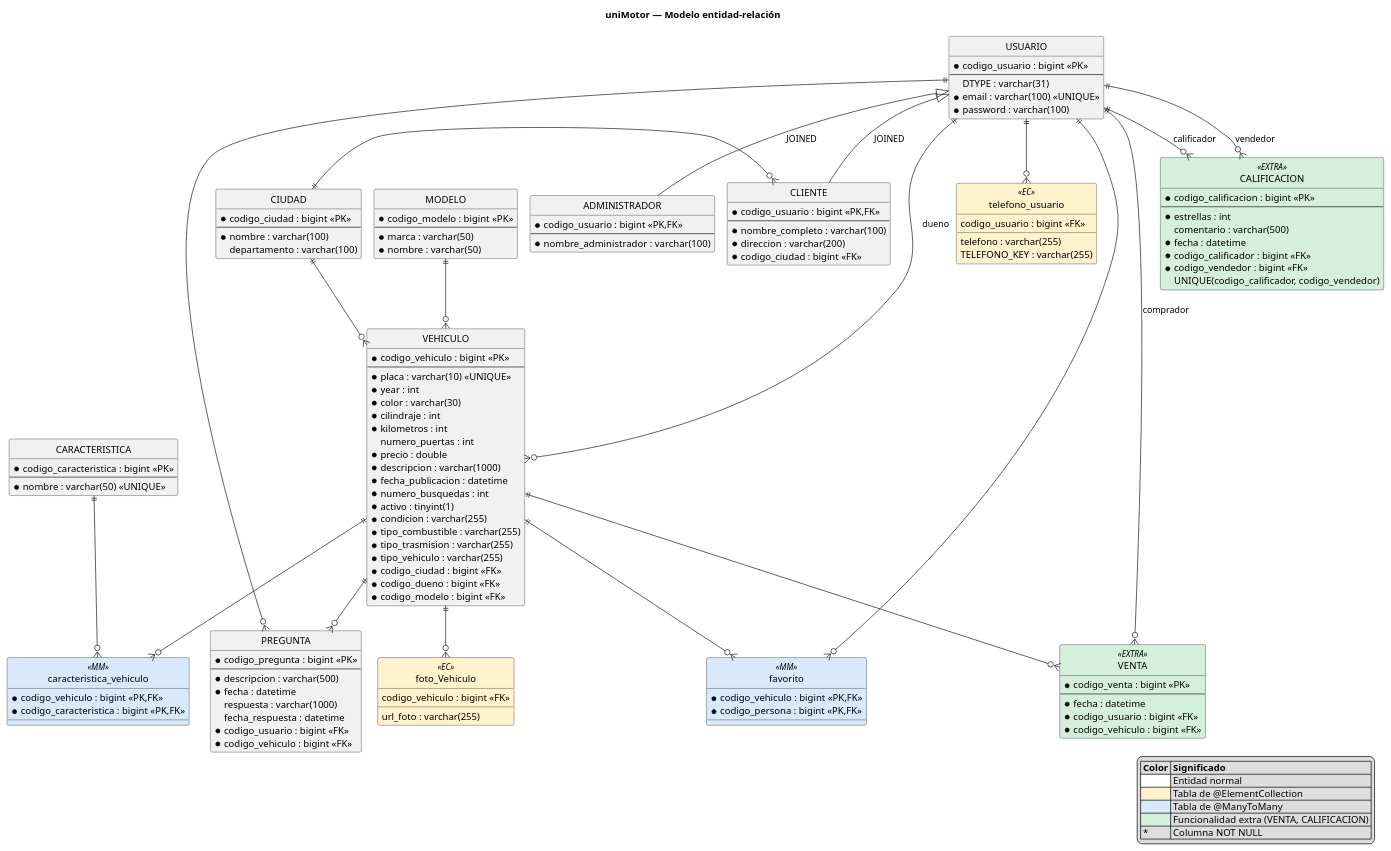
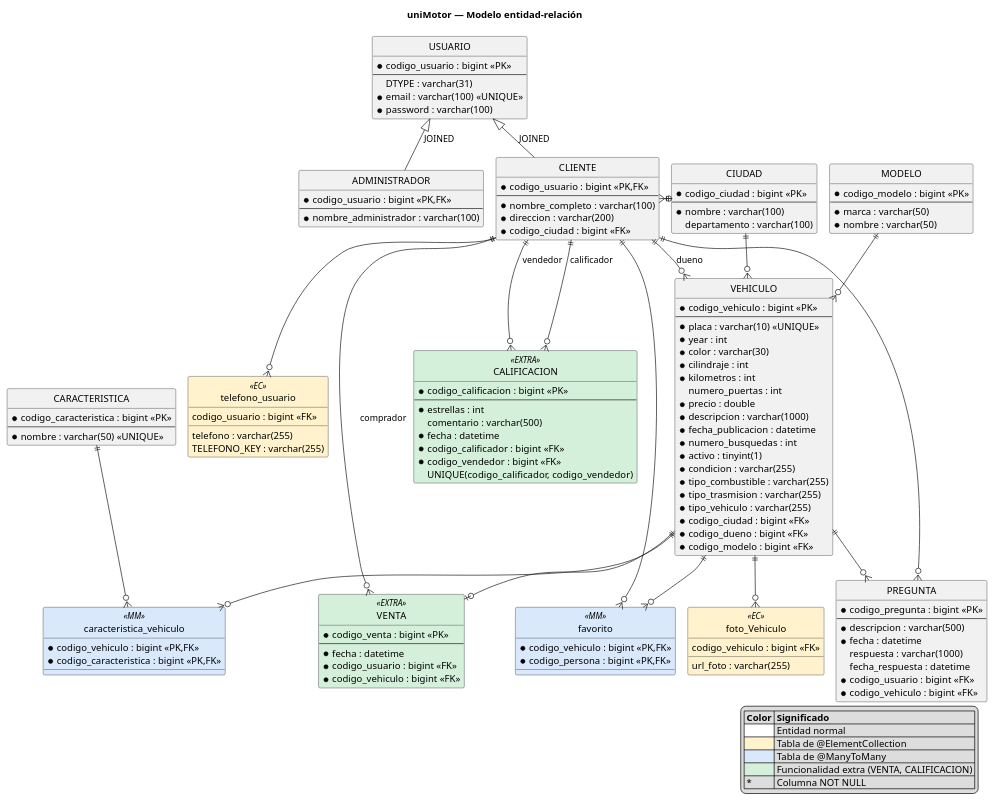
One commit to CristianBastidas99/uniMotor changed the diagram in docs/diagrama-er.puml. Above: the diagram before and after it, drawn with PlantUML. The commit also changed 26 other files, not shown here.

First line of the commit message:
Fase 3.8: cierre y sustentación (demo continua, textos, README, diagrama y guion)

```diff
--- a/docs/diagrama-er.puml
+++ b/docs/diagrama-er.puml
@@ -1,147 +1,147 @@
 @startuml diagrama-er
 !pragma layout smetana
 title uniMotor — Modelo entidad-relación
 hide circle
 skinparam shadowing false
 skinparam entity {
   BackgroundColor #FFFFFF
   BorderColor #444444
 }
 
 entity CIUDAD {
   * codigo_ciudad : bigint <<PK>>
   --
   * nombre : varchar(100)
   departamento : varchar(100)
 }
 entity MODELO {
   * codigo_modelo : bigint <<PK>>
   --
   * marca : varchar(50)
   * nombre : varchar(50)
 }
 entity CARACTERISTICA {
   * codigo_caracteristica : bigint <<PK>>
   --
   * nombre : varchar(50) <<UNIQUE>>
 }
 
 entity USUARIO {
   * codigo_usuario : bigint <<PK>>
   --
   DTYPE : varchar(31)
   * email : varchar(100) <<UNIQUE>>
   * password : varchar(100)
 }
 entity ADMINISTRADOR {
   * codigo_usuario : bigint <<PK,FK>>
   --
   * nombre_administrador : varchar(100)
 }
 entity CLIENTE {
   * codigo_usuario : bigint <<PK,FK>>
   --
   * nombre_completo : varchar(100)
   * direccion : varchar(200)
   * codigo_ciudad : bigint <<FK>>
 }
 entity telefono_usuario <<EC>> #FFF2CC {
   codigo_usuario : bigint <<FK>>
   telefono : varchar(255)
   TELEFONO_KEY : varchar(255)
 }
 
 entity VEHICULO {
   * codigo_vehiculo : bigint <<PK>>
   --
   * placa : varchar(10) <<UNIQUE>>
   * year : int
   * color : varchar(30)
   * cilindraje : int
   * kilometros : int
   numero_puertas : int
   * precio : double
   * descripcion : varchar(1000)
   * fecha_publicacion : datetime
   * numero_busquedas : int
   * activo : tinyint(1)
   * condicion : varchar(255)
   * tipo_combustible : varchar(255)
   * tipo_trasmision : varchar(255)
   * tipo_vehiculo : varchar(255)
   * codigo_ciudad : bigint <<FK>>
   * codigo_dueno : bigint <<FK>>
   * codigo_modelo : bigint <<FK>>
 }
 entity foto_Vehiculo <<EC>> #FFF2CC {
   codigo_vehiculo : bigint <<FK>>
   url_foto : varchar(255)
 }
 entity caracteristica_vehiculo <<MM>> #DAE8FC {
   * codigo_vehiculo : bigint <<PK,FK>>
   * codigo_caracteristica : bigint <<PK,FK>>
 }
 entity favorito <<MM>> #DAE8FC {
   * codigo_vehiculo : bigint <<PK,FK>>
   * codigo_persona : bigint <<PK,FK>>
 }
 entity PREGUNTA {
   * codigo_pregunta : bigint <<PK>>
   --
   * descripcion : varchar(500)
   * fecha : datetime
   respuesta : varchar(1000)
   fecha_respuesta : datetime
   * codigo_usuario : bigint <<FK>>
   * codigo_vehiculo : bigint <<FK>>
 }
 entity VENTA <<EXTRA>> #D5F0DA {
   * codigo_venta : bigint <<PK>>
   --
   * fecha : datetime
   * codigo_usuario : bigint <<FK>>
   * codigo_vehiculo : bigint <<FK>>
 }
 entity CALIFICACION <<EXTRA>> #D5F0DA {
   * codigo_calificacion : bigint <<PK>>
   --
   * estrellas : int
   comentario : varchar(500)
   * fecha : datetime
   * codigo_calificador : bigint <<FK>>
   * codigo_vendedor : bigint <<FK>>
   UNIQUE(codigo_calificador, codigo_vendedor)
 }
 
 ' Herencia JOINED
 USUARIO <|-- ADMINISTRADOR : JOINED
 USUARIO <|-- CLIENTE : JOINED
 
 ' Catalogos arriba
 CIUDAD ||-down-o{ VEHICULO
 MODELO ||-down-o{ VEHICULO
 CIUDAD ||-left-o{ CLIENTE
 CARACTERISTICA ||-down-o{ caracteristica_vehiculo
 VEHICULO ||-down-o{ caracteristica_vehiculo
 
-USUARIO ||-down-o{ telefono_usuario
+CLIENTE ||-down-o{ telefono_usuario
 VEHICULO ||-down-o{ foto_Vehiculo
-USUARIO ||-right-o{ VEHICULO : dueno
-USUARIO ||-down-o{ favorito
+CLIENTE ||-right-o{ VEHICULO : dueno
+CLIENTE ||-down-o{ favorito
 VEHICULO ||-down-o{ favorito
-USUARIO ||-down-o{ PREGUNTA
+CLIENTE ||-down-o{ PREGUNTA
 VEHICULO ||-down-o{ PREGUNTA
-USUARIO ||-down-o{ VENTA : comprador
-VEHICULO ||-down-o{ VENTA
-USUARIO ||-down-o{ CALIFICACION : calificador
-USUARIO ||-down-o{ CALIFICACION : vendedor
+CLIENTE ||-down-o{ VENTA : comprador
+VEHICULO ||-down-o| VENTA
+CLIENTE ||-down-o{ CALIFICACION : calificador
+CLIENTE ||-down-o{ CALIFICACION : vendedor
 
 legend right
   |= Color |= Significado |
   |<#FFFFFF> | Entidad normal |
   |<#FFF2CC> | Tabla de @ElementCollection |
   |<#DAE8FC> | Tabla de @ManyToMany |
   |<#D5F0DA> | Funcionalidad extra (VENTA, CALIFICACION) |
   | * | Columna NOT NULL |
 endlegend
 @enduml
```
